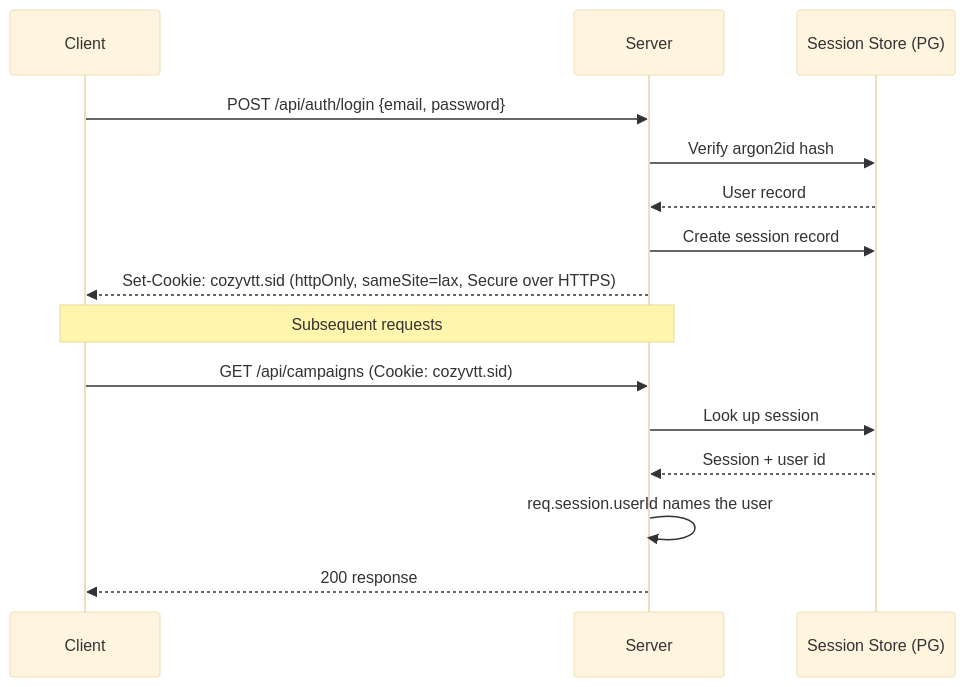
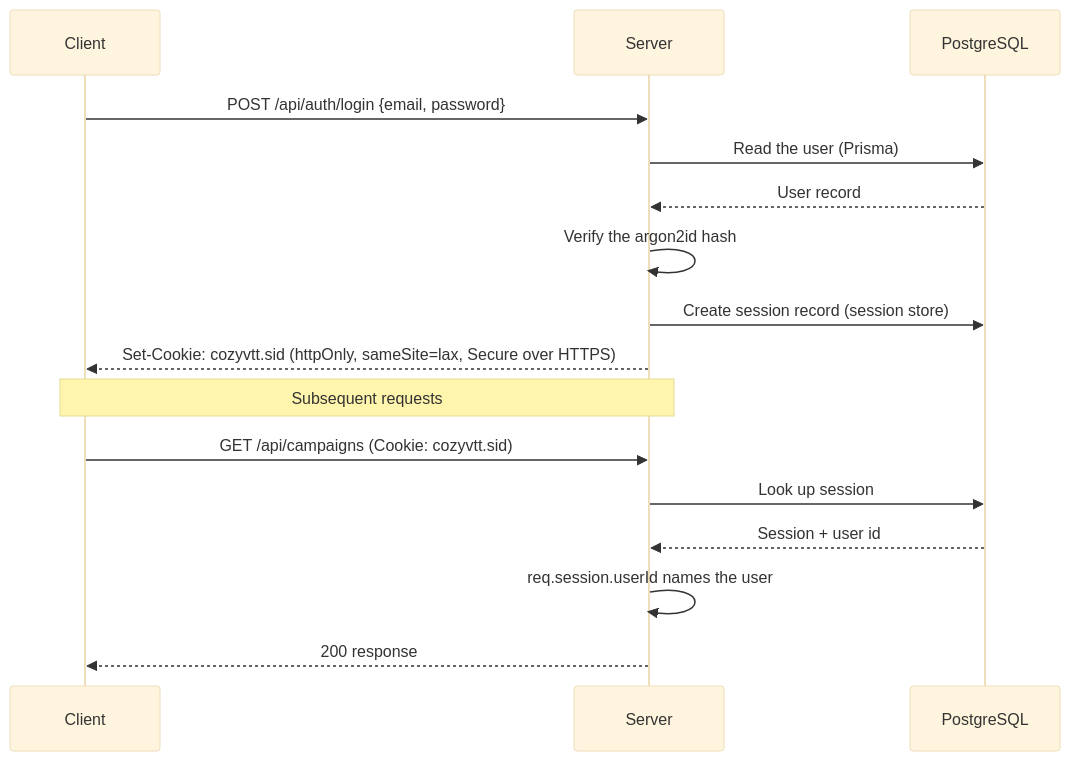
The fifth of 6 diagrams in docs/ARCHITECTURE.md (CheekyChinchilla/CozyVTT), drawn with Mermaid (base theme) before and after one commit. The commit also changed other lines of this file, not shown here.

First line of the commit message:
Describe the 1.5.3 containers, router and build in ARCHITECTURE

````diff
--- a/docs/ARCHITECTURE.md
+++ b/docs/ARCHITECTURE.md
@@ -622,19 +651,20 @@
 ```mermaid
 sequenceDiagram
     participant C as Client
     participant S as Server
-    participant DB as Session Store (PG)
+    participant DB as PostgreSQL
 
     C->>S: POST /api/auth/login {email, password}
-    S->>DB: Verify argon2id hash
+    S->>DB: Read the user (Prisma)
     DB-->>S: User record
-    S->>DB: Create session record
+    S->>S: Verify the argon2id hash
+    S->>DB: Create session record (session store)
     S-->>C: Set-Cookie: cozyvtt.sid (httpOnly, sameSite=lax, Secure over HTTPS)
 
     Note over C,S: Subsequent requests
     C->>S: GET /api/campaigns (Cookie: cozyvtt.sid)
     S->>DB: Look up session
     DB-->>S: Session + user id
     S->>S: req.session.userId names the user
     S-->>C: 200 response
 ```
````
